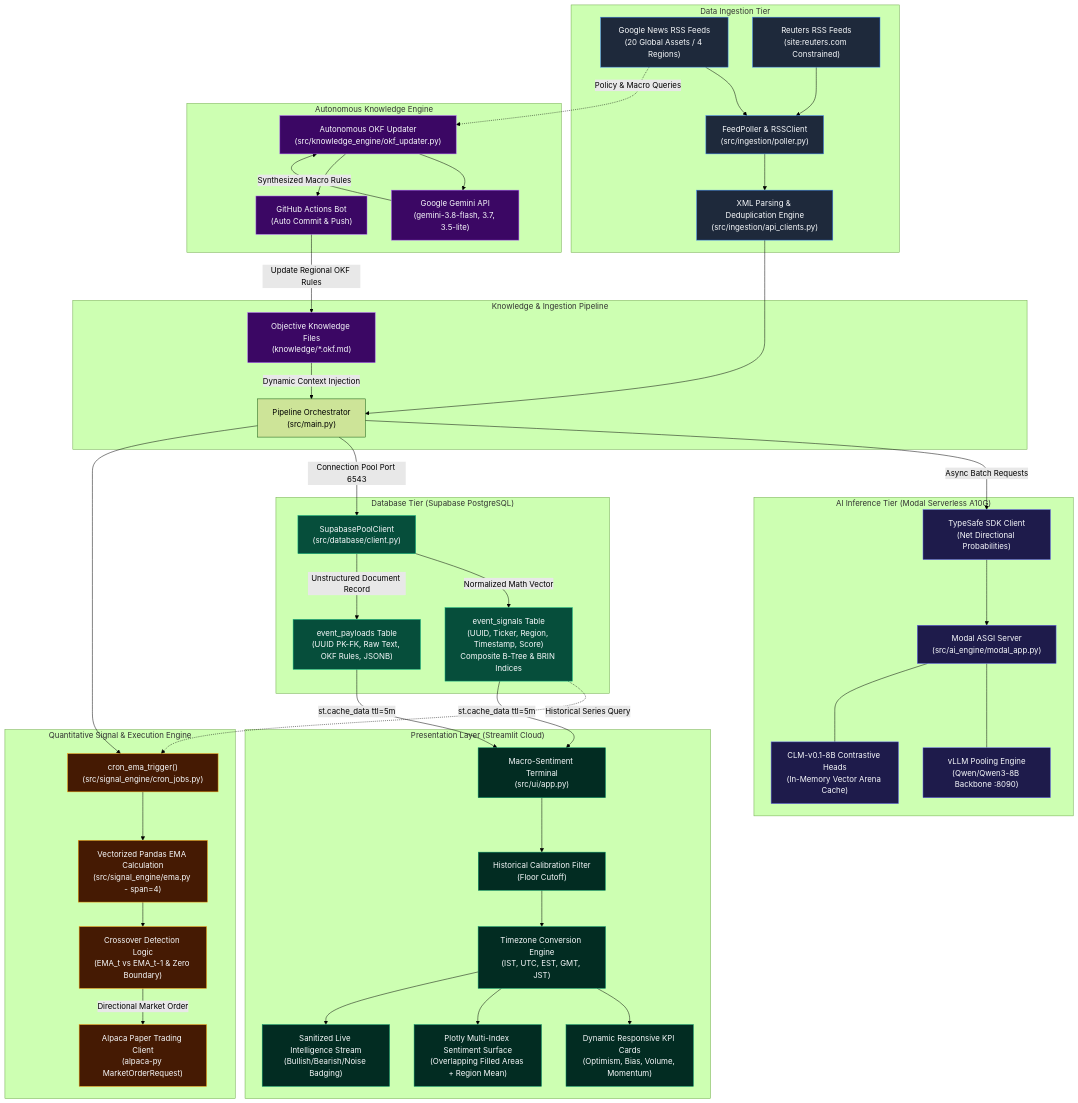
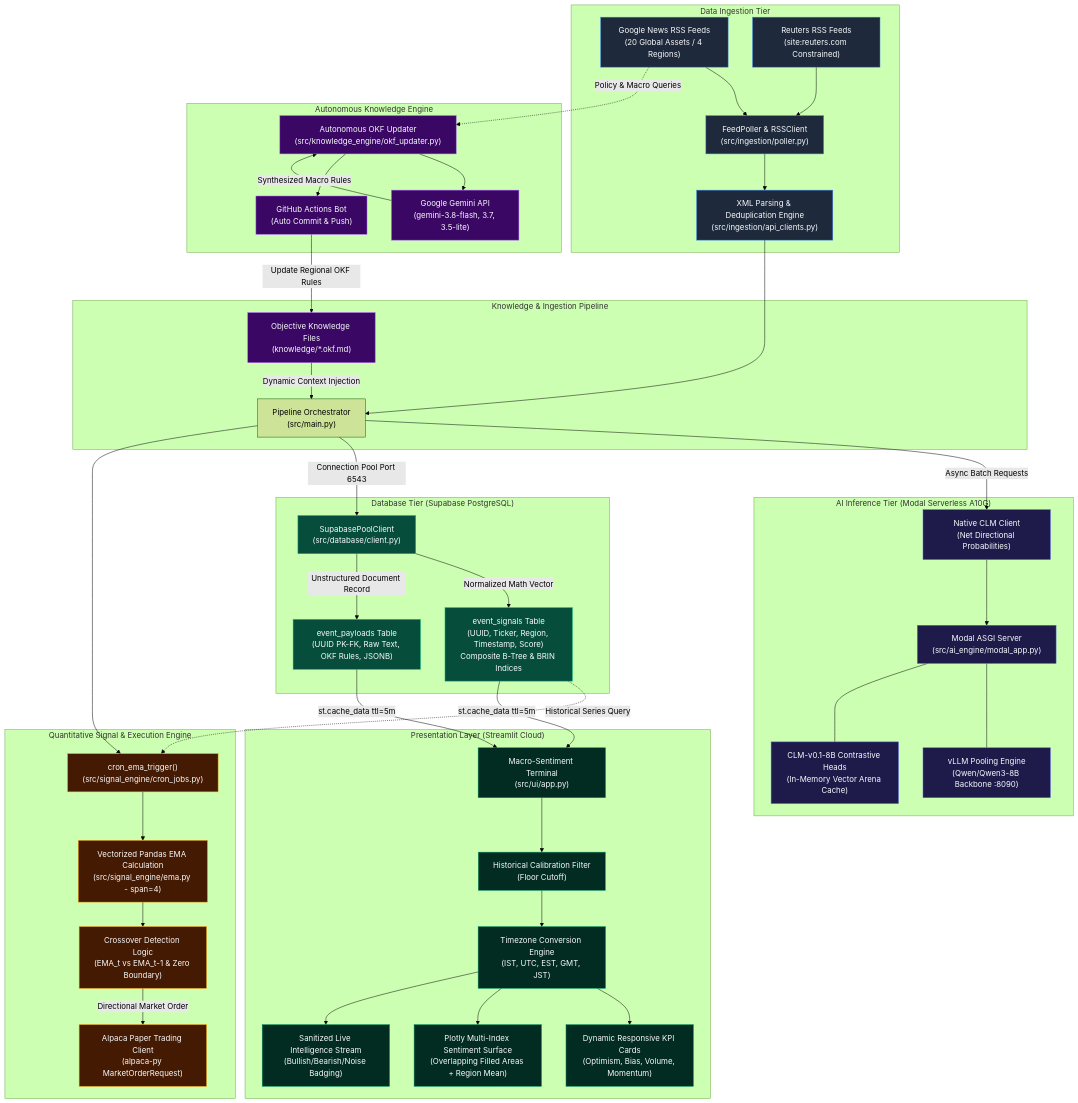
Before and after one commit to Shivam-Jha96/gsp: the first of 4 diagrams in docs/architecture_and_workflow.md, drawn with Mermaid (forest theme). The commit also changed other lines of this file and 13 other files, not shown here.

Commit message:
feat(ai_engine): replace typesafe-sdk with native sovereign CLMClient and update documentation suite

```diff
--- a/docs/architecture_and_workflow.md
+++ b/docs/architecture_and_workflow.md
@@ -51,7 +51,7 @@
         MODAL_APP["Modal ASGI Server<br/>(src/ai_engine/modal_app.py)"]
         VLLM["vLLM Pooling Engine<br/>(Qwen/Qwen3-8B Backbone :8090)"]
         CLM_HEAD["CLM-v0.1-8B Contrastive Heads<br/>(In-Memory Vector Arena Cache)"]
-        SDK["TypeSafe SDK Client<br/>(Net Directional Probabilities)"]
+        SDK["Native CLM Client<br/>(Net Directional Probabilities)"]
         MAIN -->|Async Batch Requests| SDK
         SDK --> MODAL_APP
         MODAL_APP --- VLLM
```
